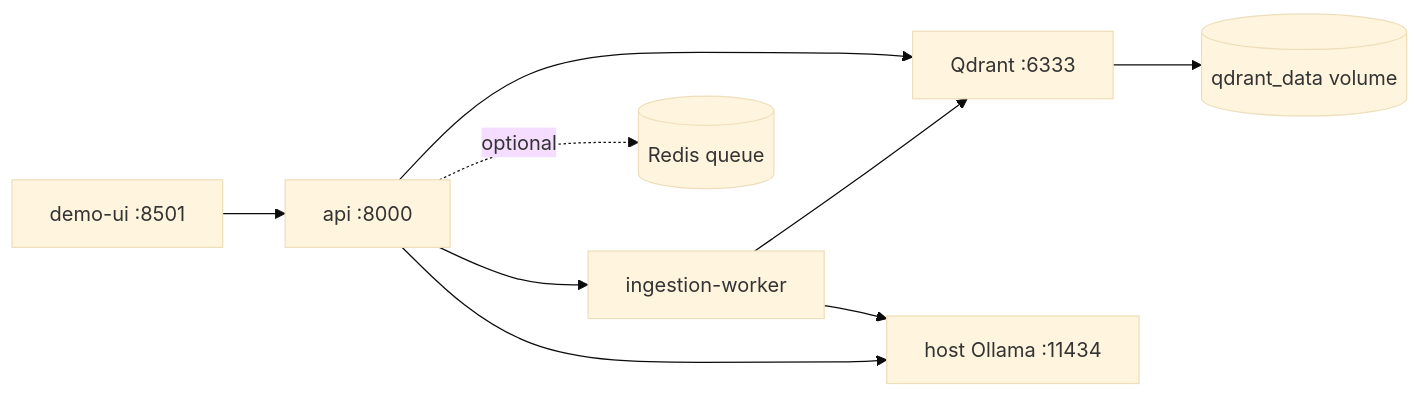
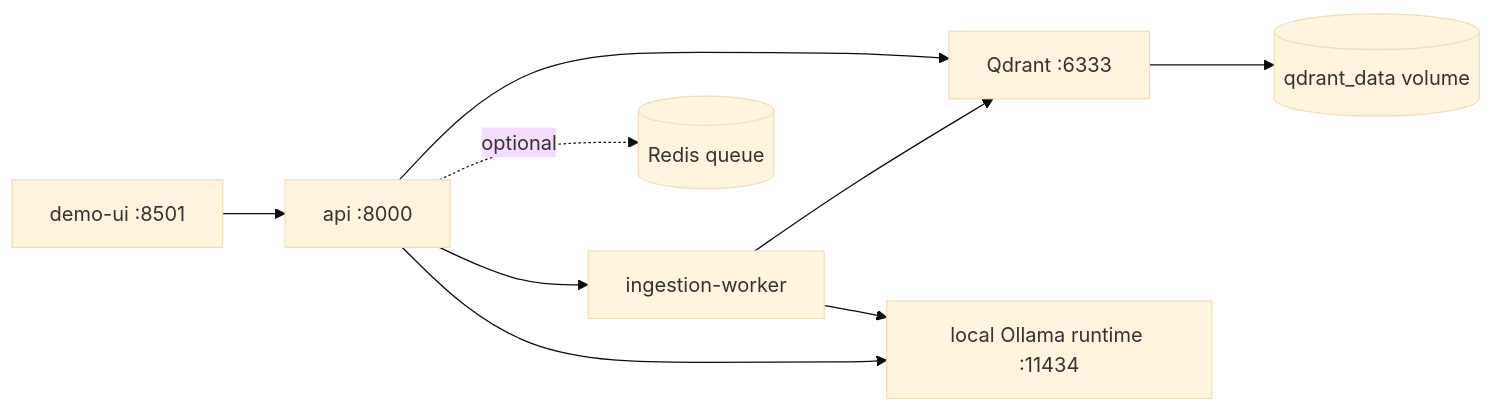
Before and after one commit to lprnmns/AI-Engineering-Journey: the second of 3 diagrams in projects/document_intelligence_service/docs/architecture.md, drawn with Mermaid (base theme). The commit also changed other lines of this file and 15 other files, not shown here.

````diff
--- a/projects/document_intelligence_service/docs/architecture.md
+++ b/projects/document_intelligence_service/docs/architecture.md
@@ -39,11 +39,11 @@
 ```mermaid
 flowchart LR
     UI[demo-ui :8501] --> API[api :8000]
     API --> WORKER[ingestion-worker]
     WORKER --> Q[Qdrant :6333]
     API --> Q
-    API --> O[host Ollama :11434]
+    API --> O[local Ollama runtime :11434]
     WORKER --> O
     Q --> V[(qdrant_data volume)]
     API -. optional .-> R[(Redis queue)]
 ```
````
